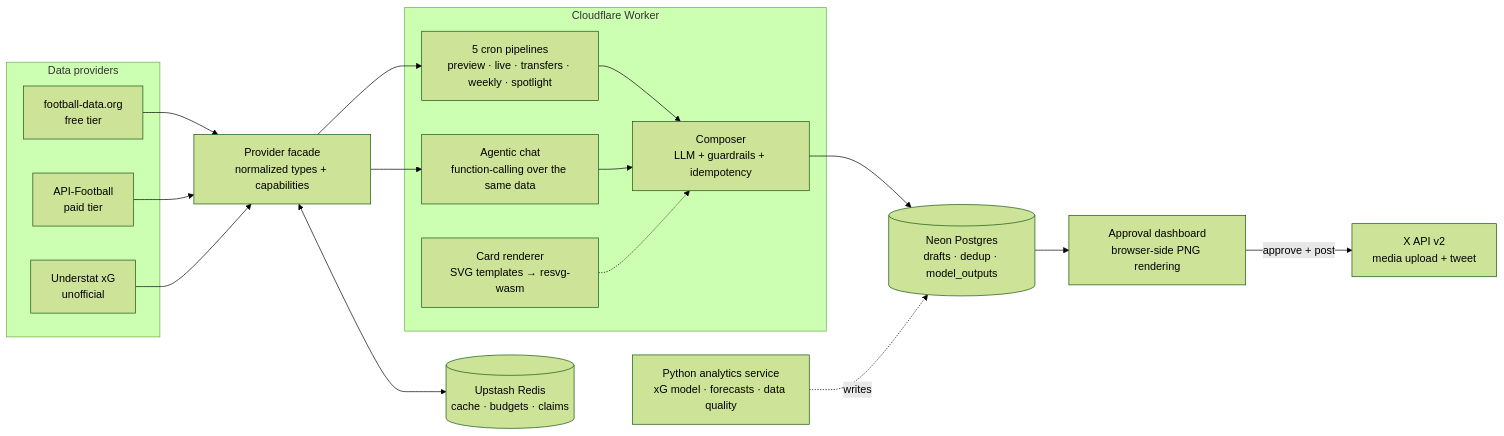
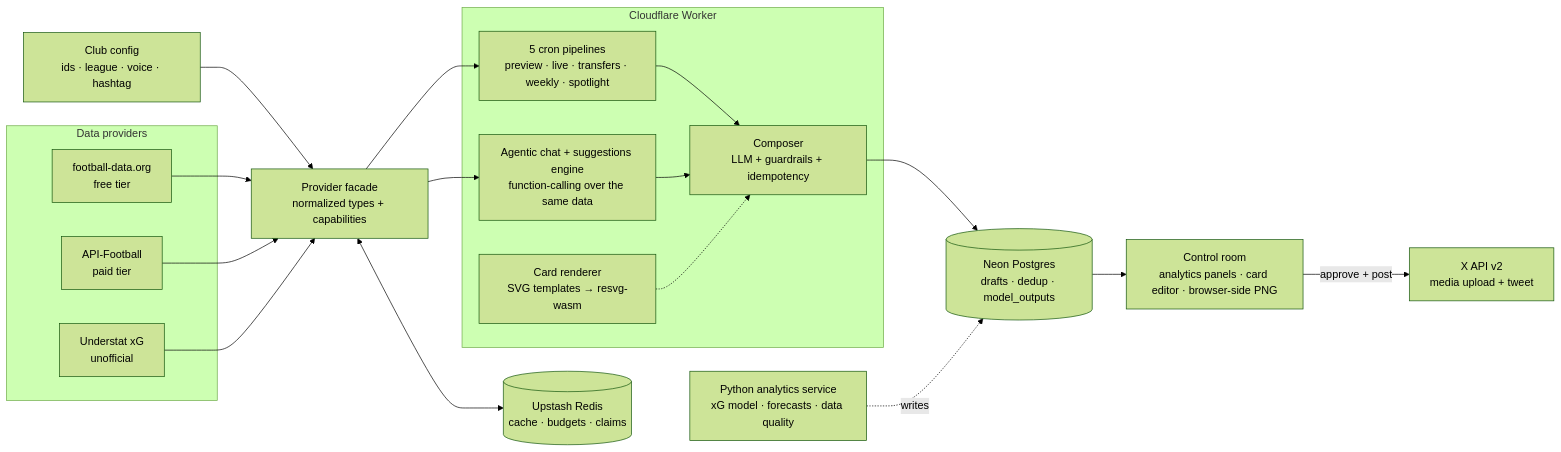
The diagram in README.md (jorshimayor/fieldtilt), drawn with Mermaid (forest theme) before and after one commit. The commit also changed other lines of this file, not shown here.

Commit message:
docs: README as club-agnostic platform; align with shipped system

````diff
--- a/README.md
+++ b/README.md
@@ -16,32 +25,34 @@
 ```mermaid
 flowchart LR
+  CLUB[Club config<br/>ids · league · voice · hashtag]
   subgraph providers[Data providers]
     FD[football-data.org<br/>free tier]
     AF[API-Football<br/>paid tier]
     US[Understat xG<br/>unofficial]
   end
   FACADE[Provider facade<br/>normalized types + capabilities]
+  CLUB --> FACADE
   FD --> FACADE
   AF --> FACADE
   US --> FACADE
 
   subgraph worker[Cloudflare Worker]
     CRONS[5 cron pipelines<br/>preview · live · transfers · weekly · spotlight]
-    AGENT[Agentic chat<br/>function-calling over the same data]
+    AGENT[Agentic chat + suggestions engine<br/>function-calling over the same data]
     POSTER[Composer<br/>LLM + guardrails + idempotency]
     RENDER[Card renderer<br/>SVG templates → resvg-wasm]
   end
   FACADE --> CRONS --> POSTER
   FACADE --> AGENT --> POSTER
   RENDER -.-> POSTER
 
   DB[(Neon Postgres<br/>drafts · dedup · model_outputs)]
   REDIS[(Upstash Redis<br/>cache · budgets · claims)]
   POSTER --> DB
   FACADE <--> REDIS
 
-  DASH[Approval dashboard<br/>browser-side PNG rendering]
+  DASH[Control room<br/>analytics panels · card editor · browser-side PNG]
   DB --> DASH -->|approve + post| X[X API v2<br/>media upload + tweet]
 
   PY[Python analytics service<br/>xG model · forecasts · data quality] -.->|writes| DB
 ```
````
